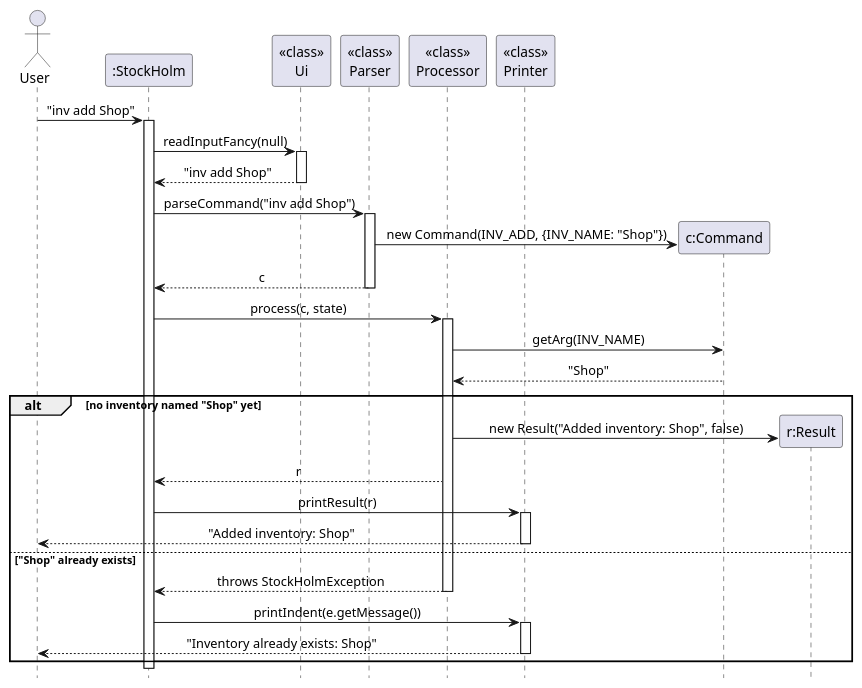
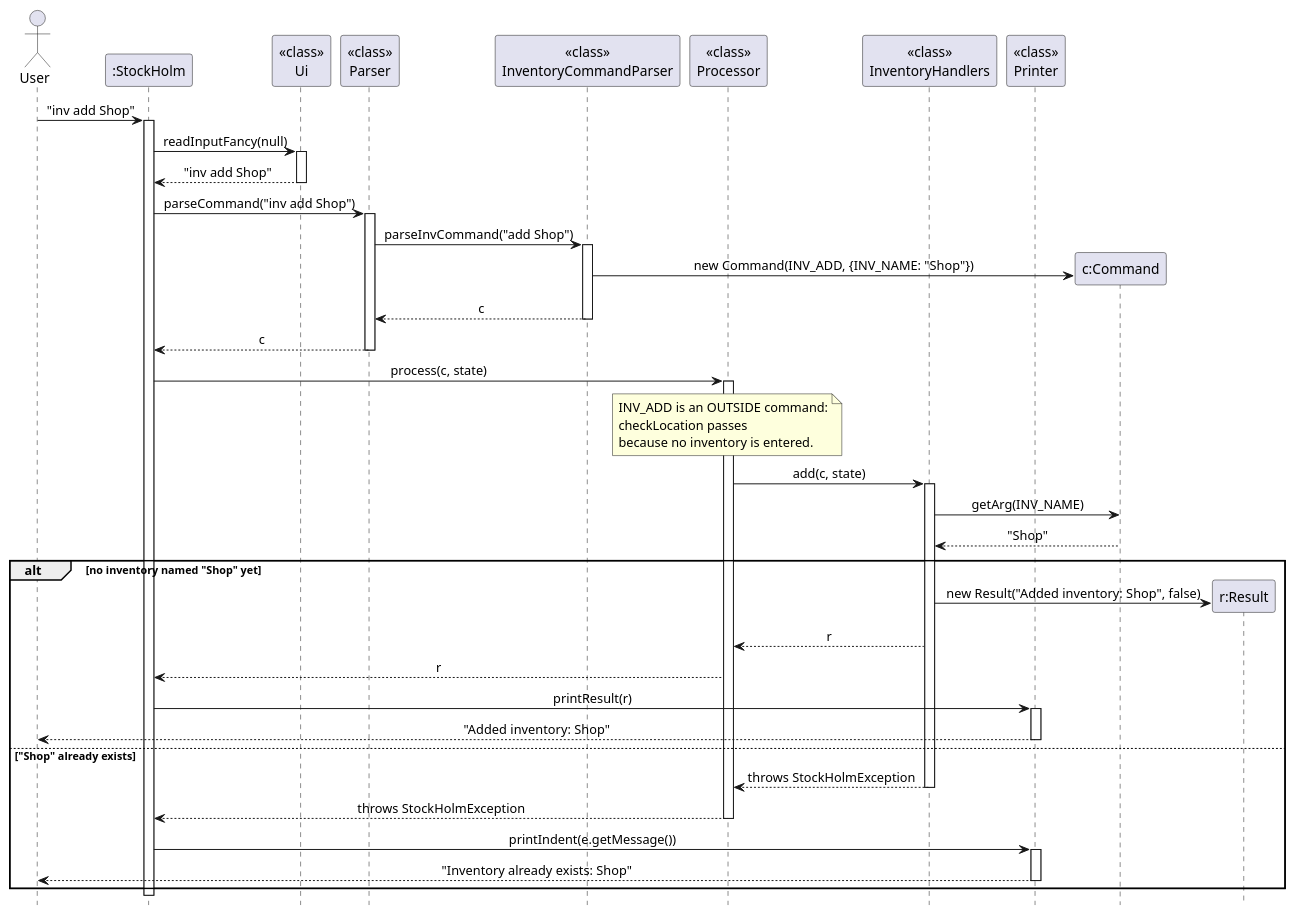
The diagram in docs/diagrams/InvAddSequence.puml (AY2627S1-CS2113-W14-4/tp), drawn with PlantUML before and after one commit. The commit also changed 14 other files, not shown here.

Commit message:
Split Processor into per-domain handlers

```diff
--- a/docs/diagrams/InvAddSequence.puml
+++ b/docs/diagrams/InvAddSequence.puml
@@ -1,47 +1,63 @@
 @startuml
 hide footbox
 skinparam sequenceMessageAlign center
 
 actor User
 participant ":StockHolm" as Main
 participant "<<class>>\nUi" as Ui
 participant "<<class>>\nParser" as Parser
+participant "<<class>>\nInventoryCommandParser" as InvParser
 participant "<<class>>\nProcessor" as Processor
+participant "<<class>>\nInventoryHandlers" as Handlers
 participant "<<class>>\nPrinter" as Printer
 
 User -> Main : "inv add Shop"
 activate Main
 Main -> Ui : readInputFancy(null)
 activate Ui
 Ui --> Main : "inv add Shop"
 deactivate Ui
 
 Main -> Parser : parseCommand("inv add Shop")
 activate Parser
+Parser -> InvParser : parseInvCommand("add Shop")
+activate InvParser
 create participant "c:Command" as Cmd
-Parser -> Cmd : new Command(INV_ADD, {INV_NAME: "Shop"})
+InvParser -> Cmd : new Command(INV_ADD, {INV_NAME: "Shop"})
+InvParser --> Parser : c
+deactivate InvParser
 Parser --> Main : c
 deactivate Parser
 
 Main -> Processor : process(c, state)
 activate Processor
-Processor -> Cmd : getArg(INV_NAME)
-Cmd --> Processor : "Shop"
+note over Processor
+    INV_ADD is an OUTSIDE command:
+    checkLocation passes
+    because no inventory is entered.
+end note
+Processor -> Handlers : add(c, state)
+activate Handlers
+Handlers -> Cmd : getArg(INV_NAME)
+Cmd --> Handlers : "Shop"
 alt no inventory named "Shop" yet
     create participant "r:Result" as Res
-    Processor -> Res : new Result("Added inventory: Shop", false)
+    Handlers -> Res : new Result("Added inventory: Shop", false)
+    Handlers --> Processor : r
     Processor --> Main : r
     Main -> Printer : printResult(r)
     activate Printer
     Printer --> User : "Added inventory: Shop"
     deactivate Printer
 else "Shop" already exists
+    Handlers --> Processor : throws StockHolmException
+    deactivate Handlers
     Processor --> Main : throws StockHolmException
     deactivate Processor
     Main -> Printer : printIndent(e.getMessage())
     activate Printer
     Printer --> User : "Inventory already exists: Shop"
     deactivate Printer
 end
 deactivate Main
 @enduml
```
